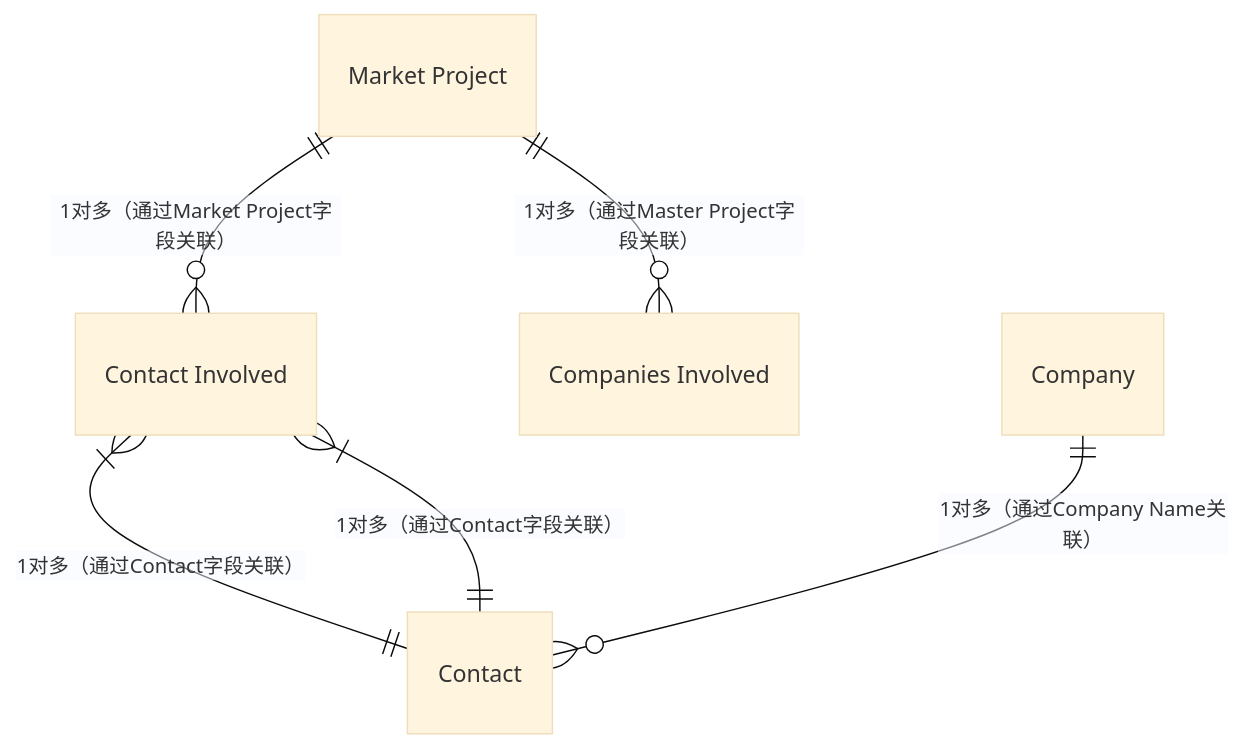
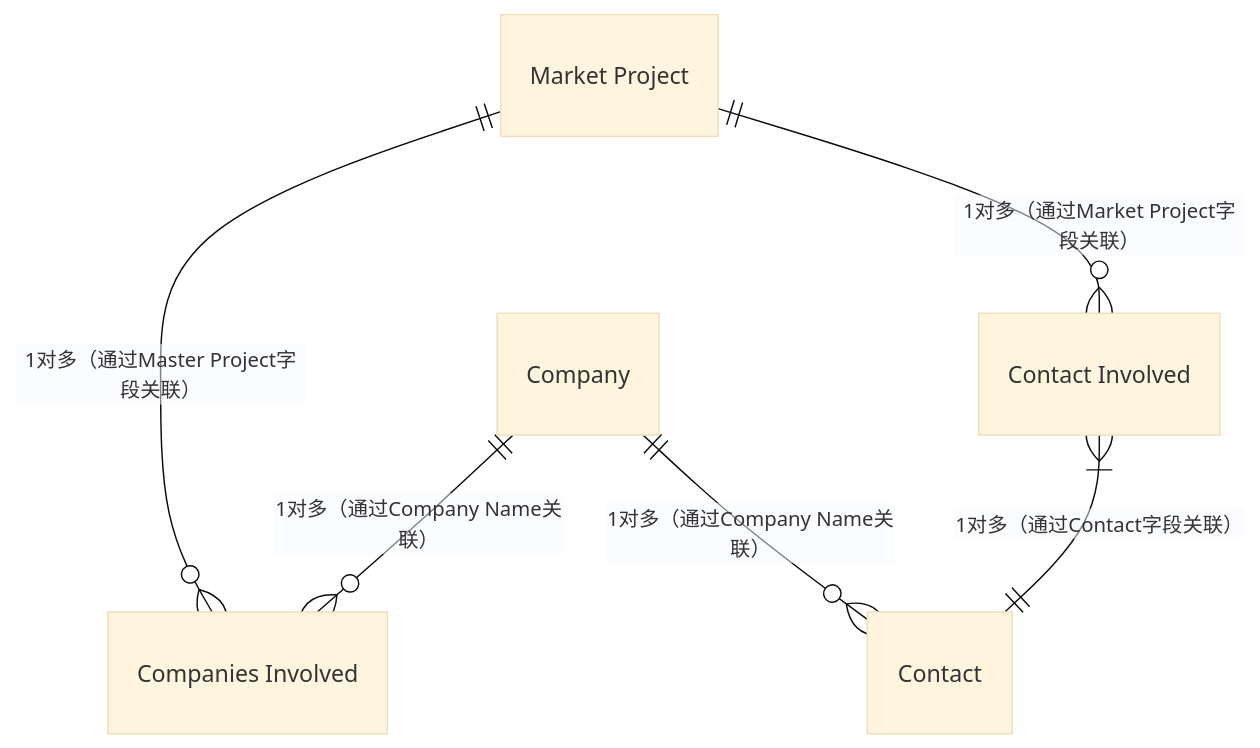
One commit to zhangziru-33/iodraw-files changed the diagram in all/Norden数据E-R图(7个对象，+contact).md. Above: the diagram before and after it, drawn with Mermaid (base theme).

Commit message:
2025-12-04 14:11:42 update

````diff
--- a/all/Norden数据E-R图(7个对象，+contact).md
+++ b/all/Norden数据E-R图(7个对象，+contact).md
@@ -1,19 +1,19 @@
 ```mermaid
 erDiagram
     
     %% Company ||--o{ "PV Product" : "1对多（通过Company字段关联）"
-    "Contact Involved" }|--|| "Contact" : "1对多（通过Contact字段关联）"
+    
    
     "Market Project" ||--o{ "Companies Involved" : "1对多（通过Master Project字段关联）"
     
     "Market Project" ||--o{ "Contact Involved" : "1对多（通过Market Project字段关联）"
     
     "Contact Involved" }|--|| "Contact" : "1对多（通过Contact字段关联）"
-   
+    Company ||--o{ "Companies Involved" : "1对多（通过Company Name关联）"
     Company ||--o{ "Contact" : "1对多（通过Company Name关联）"
 
     %% "Market Project" ||--o{ "MP Product" : "1对多（通过Market Project字段关联）"
     %% "MP Product" }|--|| "PV Product" : "多对1（通过产品参数关联，如Frame Material）"
    
     %% Contact ||--o{ "Conatct Involved" : "1对多（通过Conatct字段关联）"
 ```
````
